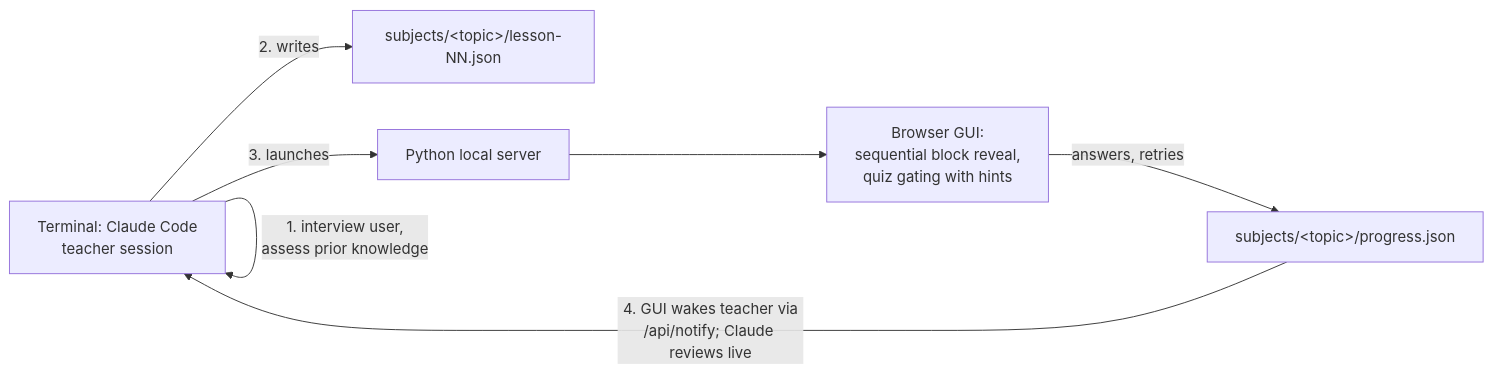
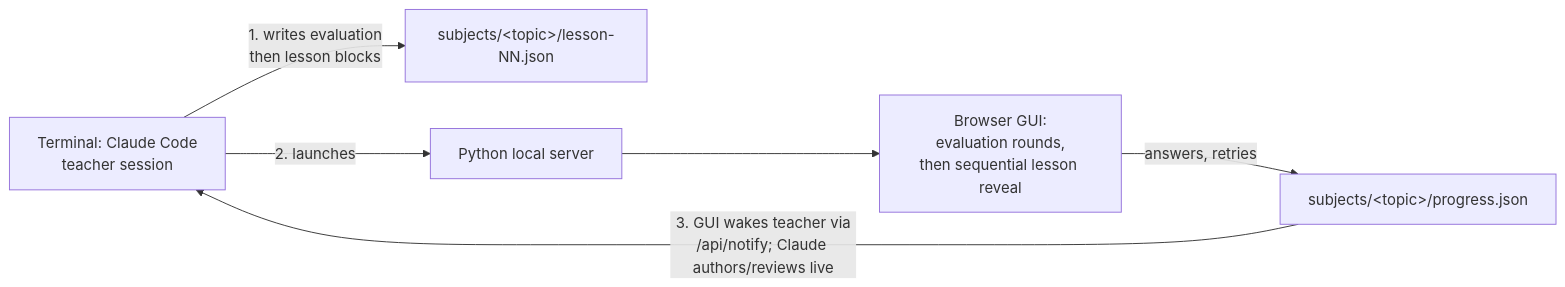
Before and after one commit to mkali-personal/kalilmod: the diagram in CLAUDE.md, drawn with Mermaid. The commit also changed other lines of this file and 3 other files, not shown here.

First line of the commit message:
Teacher: evaluate in the browser via assess rounds, then author the lesson

````diff
--- a/CLAUDE.md
+++ b/CLAUDE.md
@@ -26,9 +26,8 @@
 ```mermaid
 flowchart LR
-    A[Terminal: Claude Code<br>teacher session] -->|1. interview user,<br>assess prior knowledge| A
-    A -->|2. writes| B["subjects/&lt;topic&gt;/lesson-NN.json"]
-    A -->|3. launches| C[Python local server]
-    C --> D[Browser GUI:<br>sequential block reveal,<br>quiz gating with hints]
+    A[Terminal: Claude Code<br>teacher session] -->|1. writes evaluation<br>then lesson blocks| B["subjects/&lt;topic&gt;/lesson-NN.json"]
+    A -->|2. launches| C[Python local server]
+    C --> D[Browser GUI:<br>evaluation rounds,<br>then sequential lesson reveal]
     D -->|answers, retries| E["subjects/&lt;topic&gt;/progress.json"]
-    E -->|4. GUI wakes teacher via<br>/api/notify; Claude reviews live| A
+    E -->|3. GUI wakes teacher via<br>/api/notify; Claude authors/reviews live| A
 ```
````
